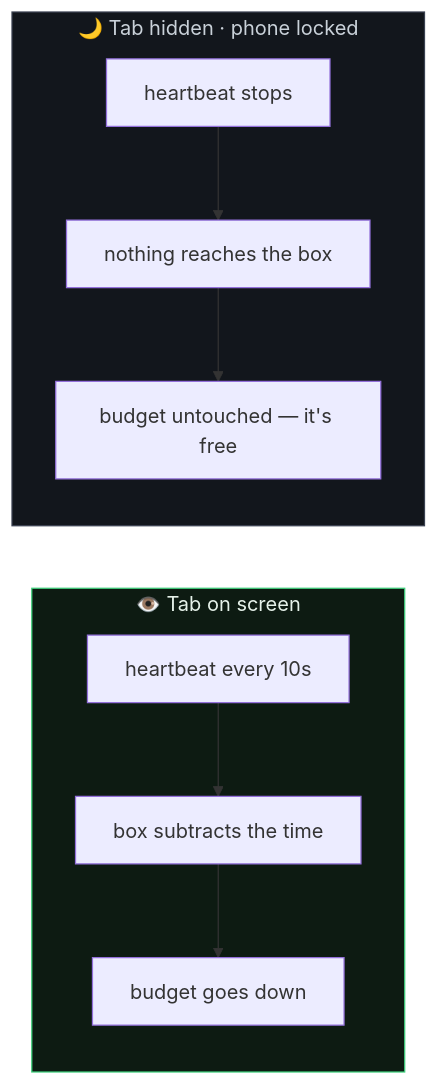
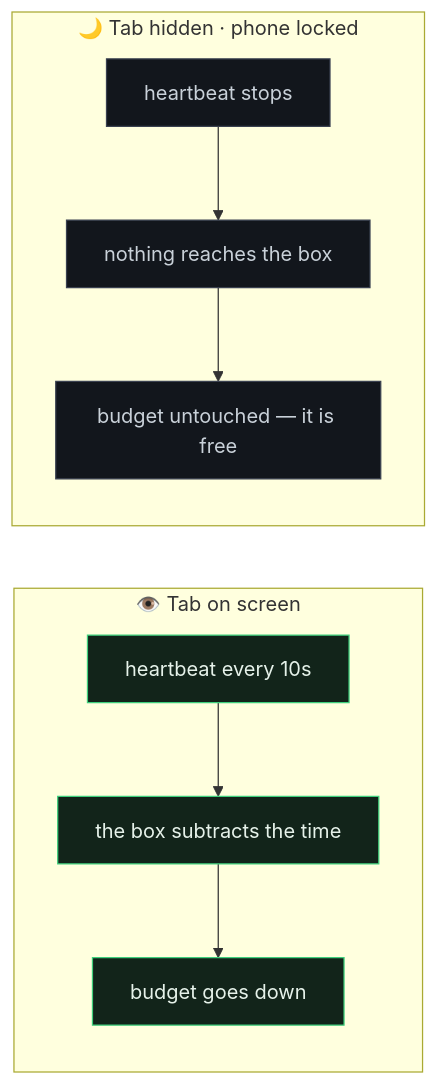
The fifth of 7 diagrams in ARCHITECTURE.md (Chauhan-Siddharth-git/cooldown), drawn with Mermaid before and after one commit. The commit also changed other lines of this file, not shown here.

First line of the commit message:
ARCHITECTURE: fix diagrams that GitHub refused to render

````diff
--- a/ARCHITECTURE.md
+++ b/ARCHITECTURE.md
@@ -415,13 +367,16 @@
 ```mermaid
 flowchart LR
-    subgraph on ["👁️ Tab on screen"]
+    subgraph on["👁️ Tab on screen"]
         direction TB
-        O1["heartbeat every 10s"] --> O2["box subtracts the time"] --> O3["budget goes down"]
+        O1["heartbeat every 10s"] --> O2["the box subtracts the time"] --> O3["budget goes down"]
     end
-    subgraph off ["🌙 Tab hidden · phone locked"]
+    subgraph off["🌙 Tab hidden · phone locked"]
         direction TB
-        F1["heartbeat stops"] --> F2["nothing reaches the box"] --> F3["budget untouched — it's free"]
+        F1["heartbeat stops"] --> F2["nothing reaches the box"] --> F3["budget untouched — it is free"]
     end
-    style on fill:#0d1b12,stroke:#3ecf7c,color:#e6f2ea
-    style off fill:#12161c,stroke:#3a4150,color:#c9d1d9
+
+    classDef live fill:#12241a,stroke:#3ecf7c,color:#e6f2ea
+    classDef idle fill:#12161c,stroke:#3a4150,color:#c9d1d9
+    class O1,O2,O3 live
+    class F1,F2,F3 idle
 ```
````
